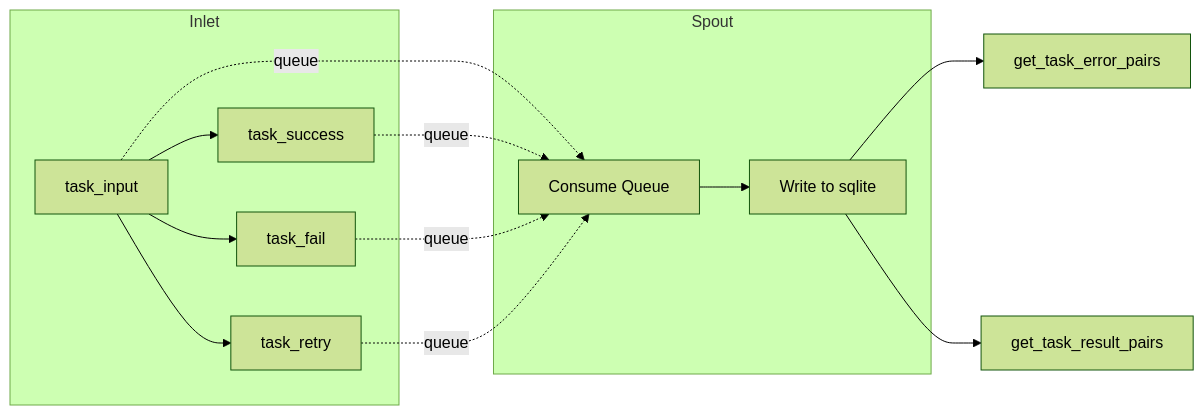
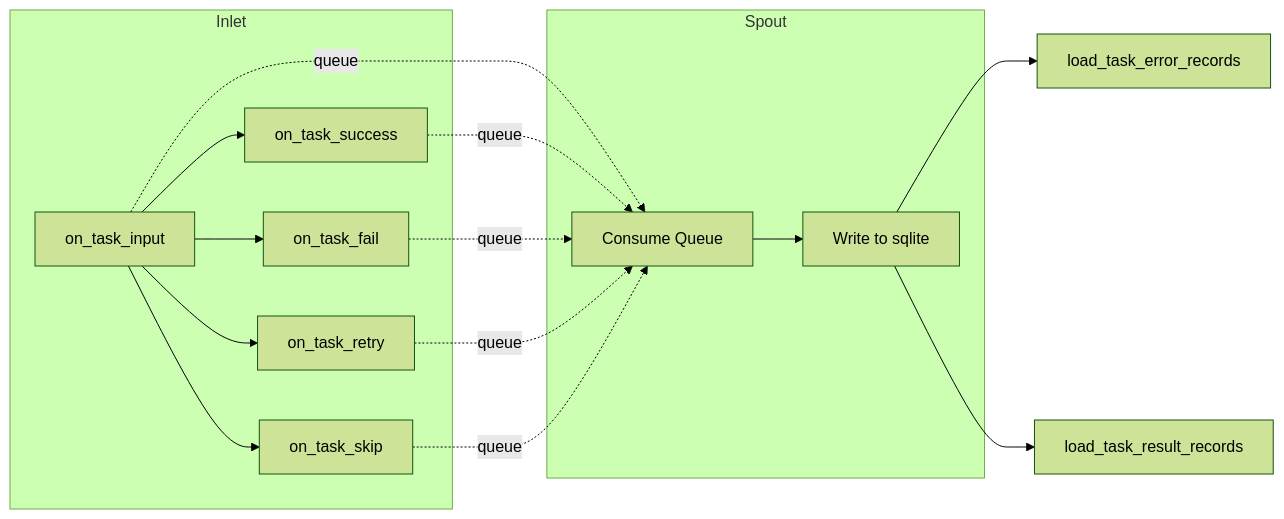
One commit to Mr-xiaotian/CelestialFlow changed the diagram in docs/en/tests/persistence/test_lifecycle.md. Above: the diagram before and after it, drawn with Mermaid (forest theme). The commit also changed other lines of this file and 157 other files, not shown here.

````diff
--- a/docs/en/tests/persistence/test_lifecycle.md
+++ b/docs/en/tests/persistence/test_lifecycle.md
@@ -55,17 +65,19 @@
 ```mermaid
 flowchart LR
     subgraph Inlet
-        A[task_input] --> B[task_success]
-        A --> C[task_fail]
-        A --> D[task_retry]
+        A[on_task_input] --> B[on_task_success]
+        A --> C[on_task_fail]
+        A --> D[on_task_retry]
+        A --> E[on_task_skip]
     end
     subgraph Spout
-        E[Consume Queue] --> F[Write to sqlite]
+        F[Consume Queue] --> G[Write to sqlite]
     end
-    A -.->|queue| E
-    B -.->|queue| E
-    C -.->|queue| E
-    D -.->|queue| E
-    F --> G[get_task_error_pairs]
-    F --> H[get_task_result_pairs]
+    A -.->|queue| F
+    B -.->|queue| F
+    C -.->|queue| F
+    D -.->|queue| F
+    E -.->|queue| F
+    G --> H[load_task_error_records]
+    G --> I[load_task_result_records]
 ```
````
